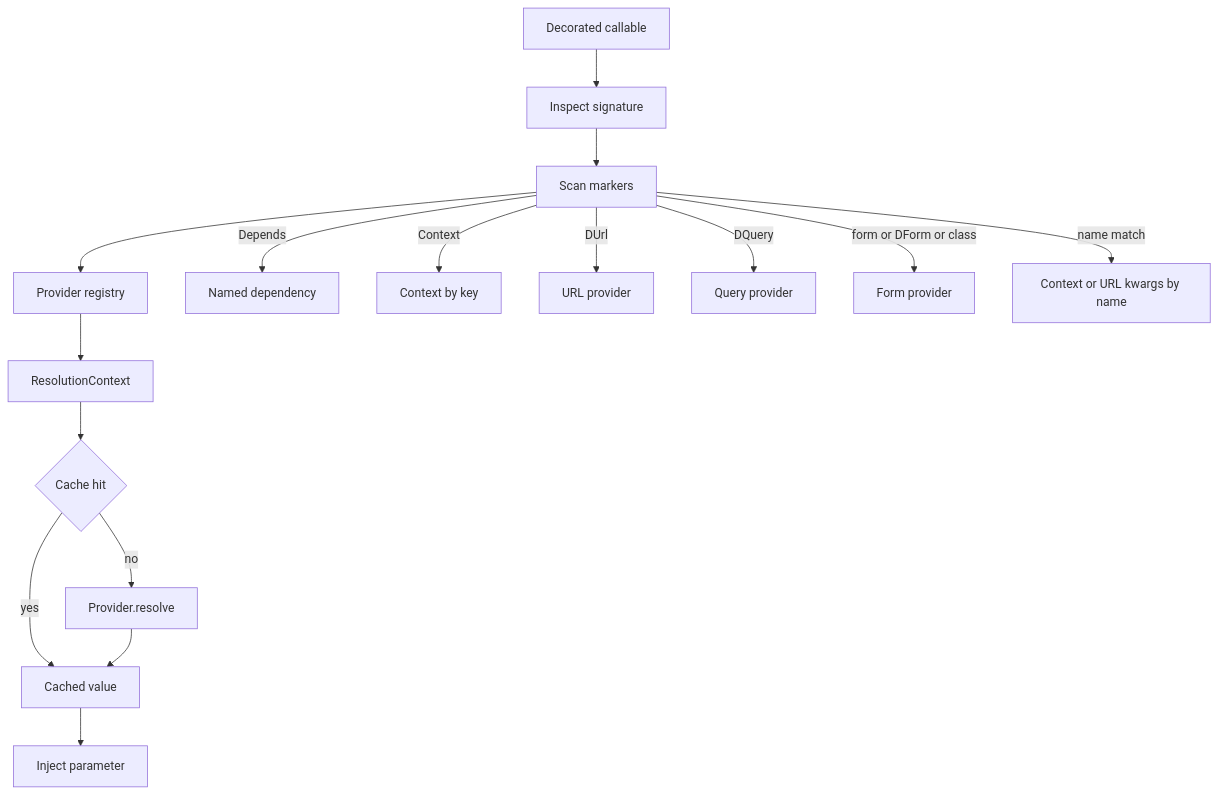
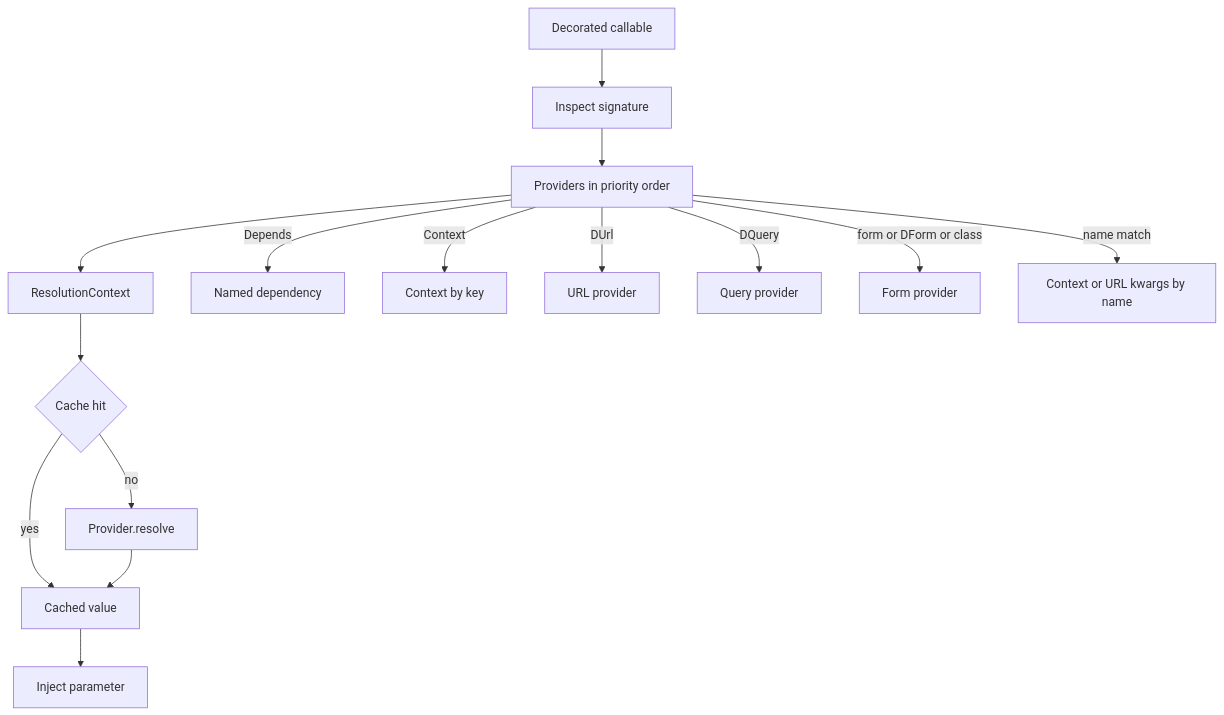
One commit to next-dj/next-dj changed the diagram in docs/content/internals/di-resolver.rst. Above: the diagram before and after it, drawn with Mermaid. The commit also changed other lines of this file and 89 other files, not shown here.

```diff
--- a/docs/content/internals/di-resolver.rst
+++ b/docs/content/internals/di-resolver.rst
@@ -22,18 +22,17 @@
 .. mermaid::
 
    flowchart TB
        Callable[Decorated callable] --> Sig[Inspect signature]
-       Sig --> Markers[Scan markers]
-       Markers --> Providers[Provider registry]
+       Sig --> Providers[Providers in priority order]
        Providers --> Resolution[ResolutionContext]
        Resolution --> Cache{Cache hit}
        Cache -- yes --> Value[Cached value]
        Cache -- no --> Provider[Provider.resolve]
        Provider --> Value
        Value --> Inject[Inject parameter]
-       Markers -- Depends --> NamedDep[Named dependency]
-       Markers -- Context --> CtxByKey[Context by key]
-       Markers -- DUrl --> UrlProv[URL provider]
-       Markers -- DQuery --> QueryProv[Query provider]
-       Markers -- form or DForm or class --> FormProv[Form provider]
-       Markers -- name match --> NameProv[Context or URL kwargs by name]
+       Providers -- Depends --> NamedDep[Named dependency]
+       Providers -- Context --> CtxByKey[Context by key]
+       Providers -- DUrl --> UrlProv[URL provider]
+       Providers -- DQuery --> QueryProv[Query provider]
+       Providers -- form or DForm or class --> FormProv[Form provider]
+       Providers -- name match --> NameProv[Context or URL kwargs by name]
```
